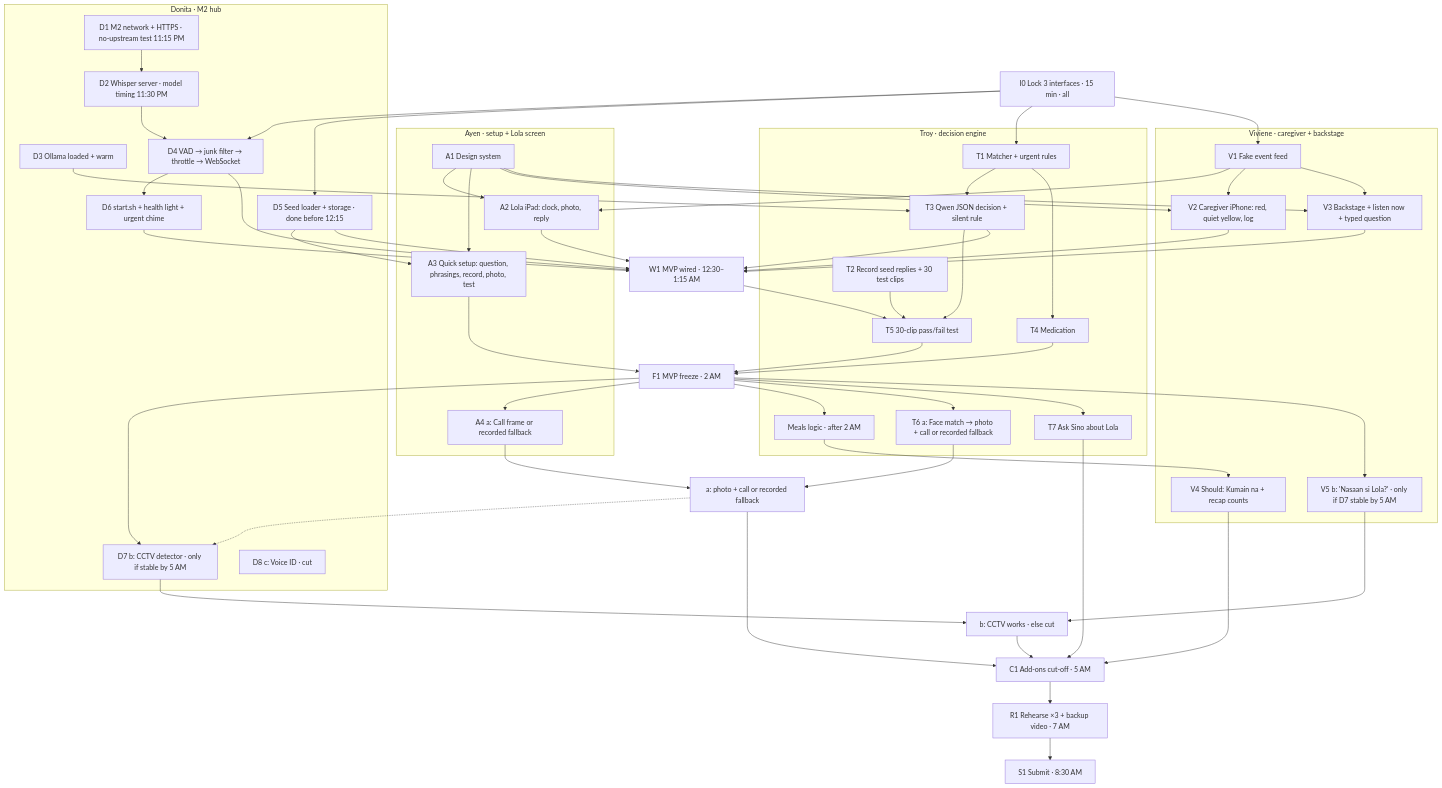
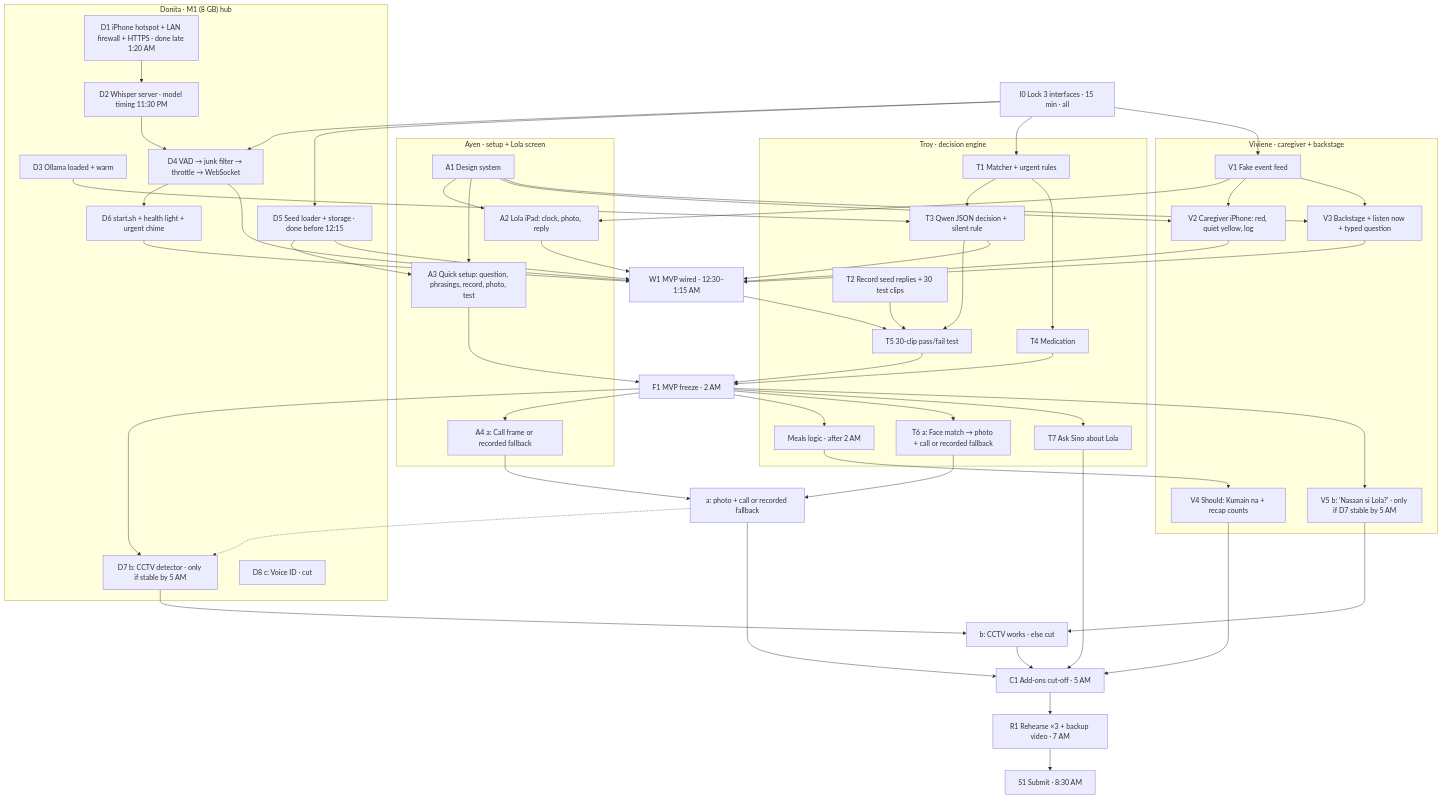
One commit to Troy-LL/appsolutely changed the diagram in docs/sino/task-graph.mmd. Above: the diagram before and after it, drawn with Mermaid. The commit also changed 11 other files, not shown here.

First line of the commit message:
Hub is an M1 8 GB: models and offline network (#8)

```diff
--- a/docs/sino/task-graph.mmd
+++ b/docs/sino/task-graph.mmd
@@ -1,60 +1,60 @@
 %% Sino task graph, 10:30 PM plan rev 2. Rendered version: task-graph.png. Plan details: mvp-plan.md
 flowchart TD
   I0[I0 Lock 3 interfaces · 15 min · all]
 
   subgraph Troy["Troy · decision engine"]
     T1[T1 Matcher + urgent rules]
     T2[T2 Record seed replies + 30 test clips]
     T3[T3 Qwen JSON decision + silent rule]
     T4[T4 Medication]
     T4m[Meals logic · after 2 AM]
     T5[T5 30-clip pass/fail test]
     T7[T7 Ask Sino about Lola]
     T6[T6 a: Face match → photo + call or recorded fallback]
   end
-  subgraph Donita["Donita · M2 hub"]
-    D1[D1 M2 network + HTTPS · no-upstream test 11:15 PM]
+  subgraph Donita["Donita · M1 (8 GB) hub"]
+    D1[D1 iPhone hotspot + LAN firewall + HTTPS · done late 1:20 AM]
     D2[D2 Whisper server · model timing 11:30 PM]
     D3[D3 Ollama loaded + warm]
     D4[D4 VAD → junk filter → throttle → WebSocket]
     D5[D5 Seed loader + storage · done before 12:15]
     D6[D6 start.sh + health light + urgent chime]
     D7[D7 b: CCTV detector · only if stable by 5 AM]
     D8[D8 c: Voice ID · cut]
   end
   subgraph Ayen["Ayen · setup + Lola screen"]
     A1[A1 Design system]
     A2[A2 Lola iPad: clock, photo, reply]
     A3[A3 Quick setup: question, phrasings, record, photo, test]
     A4[A4 a: Call frame or recorded fallback]
   end
   subgraph Viv["Viviene · caregiver + backstage"]
     V1[V1 Fake event feed]
     V2[V2 Caregiver iPhone: red, quiet yellow, log]
     V3[V3 Backstage + listen now + typed question]
     V4[V4 Should: Kumain na + recap counts]
     V5[V5 b: 'Nasaan si Lola?' · only if D7 stable by 5 AM]
   end
 
   I0 --> T1 & D4 & D5 & V1
   T1 --> T3 --> T5
   T1 --> T4
   T2 --> T5
   D3 --> T3
   D1 --> D2 --> D4 --> D6
   A1 --> A2 & A3 & V2 & V3
   V1 --> A2 & V2 & V3
   D5 --> A3
   D4 & D5 & D6 & T3 & A2 & V2 & V3 --> W[W1 MVP wired · 12:30–1:15 AM]
   W --> T5 --> F[F1 MVP freeze · 2 AM]
   T4 & A3 --> F
   F --> T4m --> V4
   F --> T6 & A4
   T6 & A4 --> XA[a: photo + call or recorded fallback]
   XA -.-> D7
   F --> D7 & V5
   D7 & V5 --> XB[b: CCTV works · else cut]
   XA & XB & V4 --> C[C1 Add-ons cut-off · 5 AM]
   F --> T7 --> C
   C --> R[R1 Rehearse ×3 + backup video · 7 AM]
   R --> S[S1 Submit · 8:30 AM]
```
